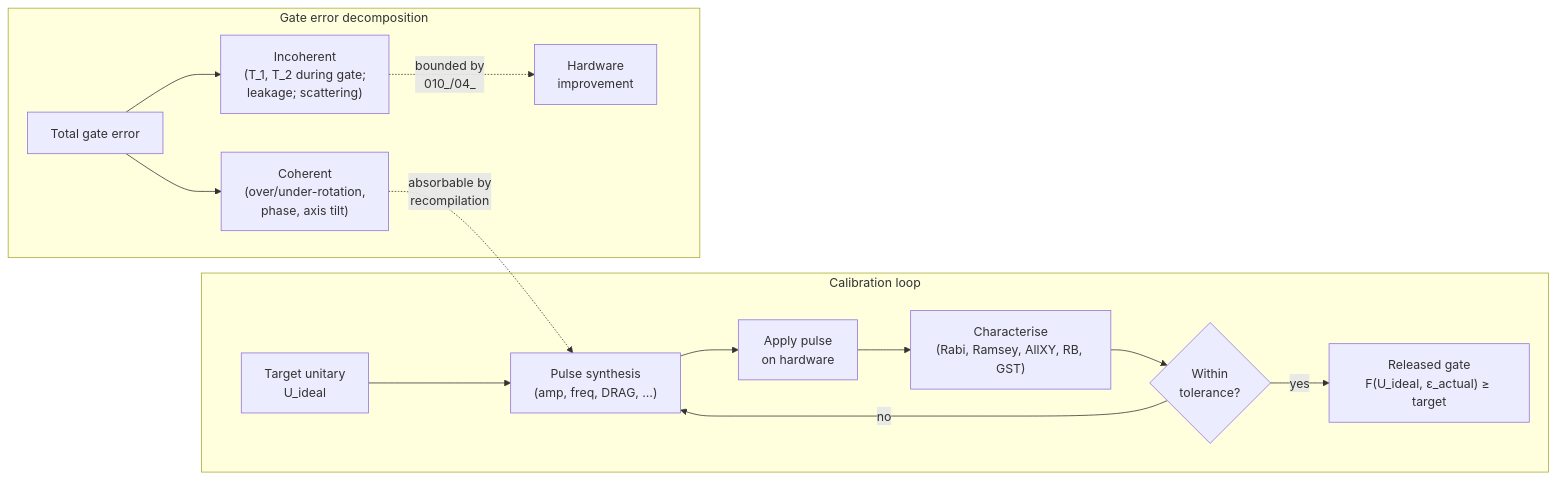
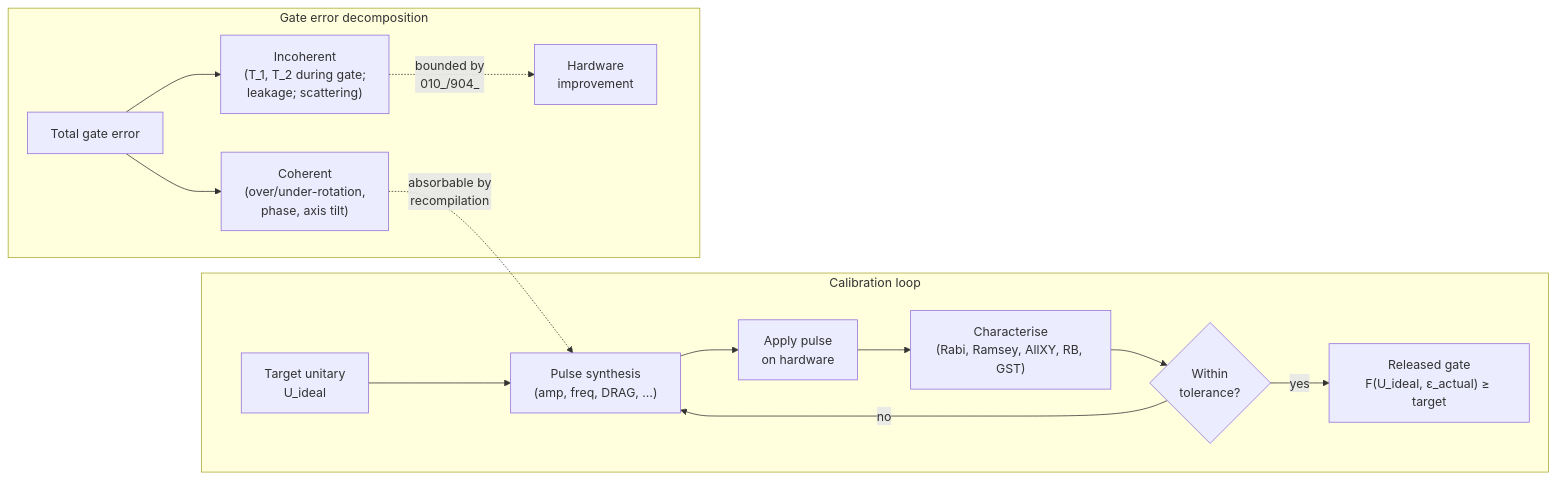
Before and after one commit to AmedeoPelliccia/Qplus-For-All-Queer-People-and-Quantum: the diagram in Q+ATLANTIDE/900-999_QCSAA/900-909_Fundamentos-de-Computacion-Cuantica/020_gates/905_Gate-Implementation-Calibration-and-Error-Characterization.md, drawn with Mermaid. The commit also changed other lines of this file and 93 other files, not shown here.

````diff
--- a/Q+ATLANTIDE/900-999_QCSAA/900-909_Fundamentos-de-Computacion-Cuantica/020_gates/905_Gate-Implementation-Calibration-and-Error-Characterization.md
+++ b/Q+ATLANTIDE/900-999_QCSAA/900-909_Fundamentos-de-Computacion-Cuantica/020_gates/905_Gate-Implementation-Calibration-and-Error-Characterization.md
@@ -87,17 +87,17 @@
 ```mermaid
 flowchart LR
     subgraph Loop["Calibration loop"]
         L1["Target unitary<br/>U_ideal"] --> L2["Pulse synthesis<br/>(amp, freq, DRAG, …)"]
         L2 --> L3["Apply pulse<br/>on hardware"]
         L3 --> L4["Characterise<br/>(Rabi, Ramsey, AllXY, RB, GST)"]
         L4 --> L5{"Within<br/>tolerance?"}
         L5 -- "no" --> L2
         L5 -- "yes" --> L6["Released gate<br/>F(U_ideal, ε_actual) ≥ target"]
     end
     subgraph Errs["Gate error decomposition"]
         E0["Total gate error"] --> EC["Coherent<br/>(over/under-rotation,<br/>phase, axis tilt)"]
         E0 --> EI["Incoherent<br/>(T_1, T_2 during gate;<br/>leakage; scattering)"]
         EC -. "absorbable by<br/>recompilation" .-> L2
-        EI -. "bounded by<br/>010_/04_" .-> Hard["Hardware<br/>improvement"]
+        EI -. "bounded by<br/>010_/904_" .-> Hard["Hardware<br/>improvement"]
     end
 ```
````
